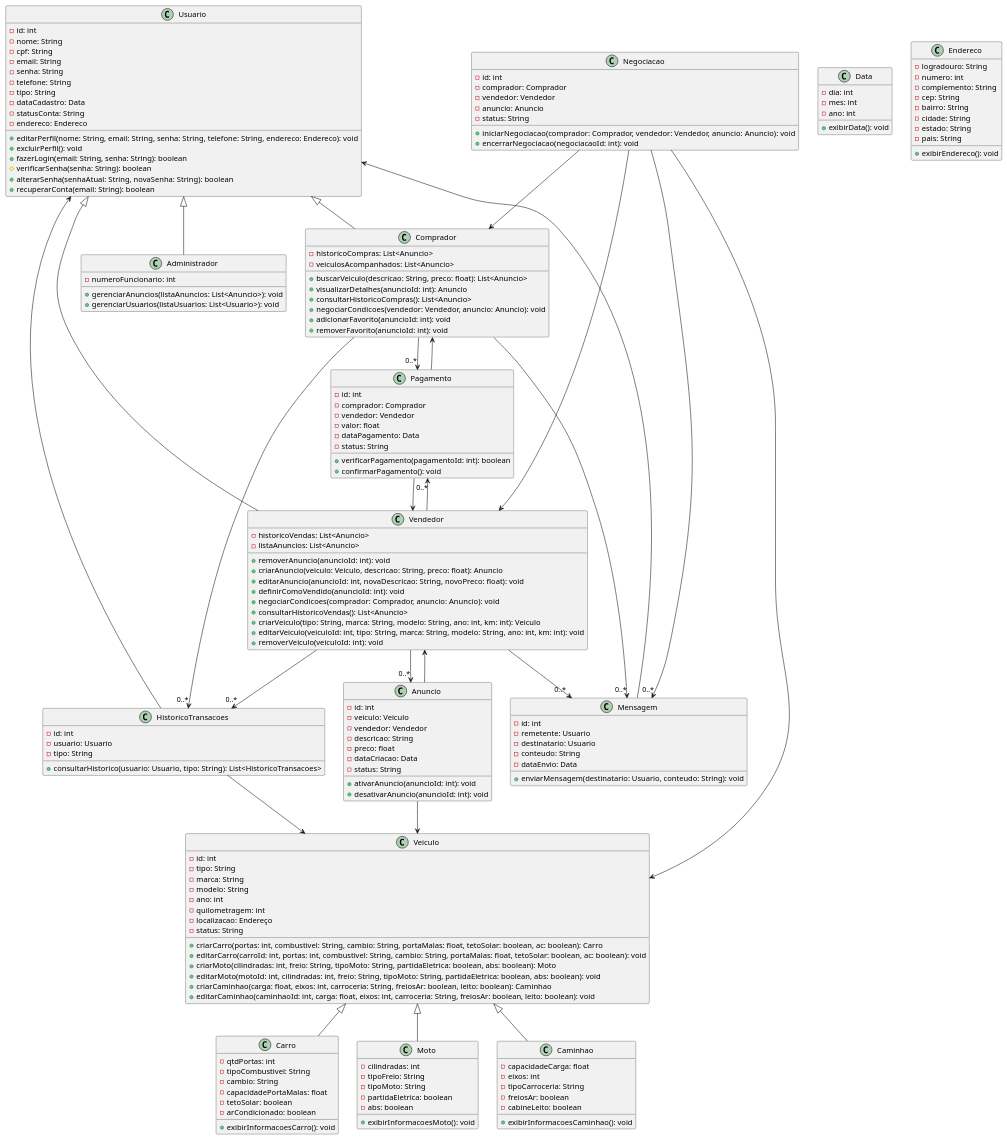
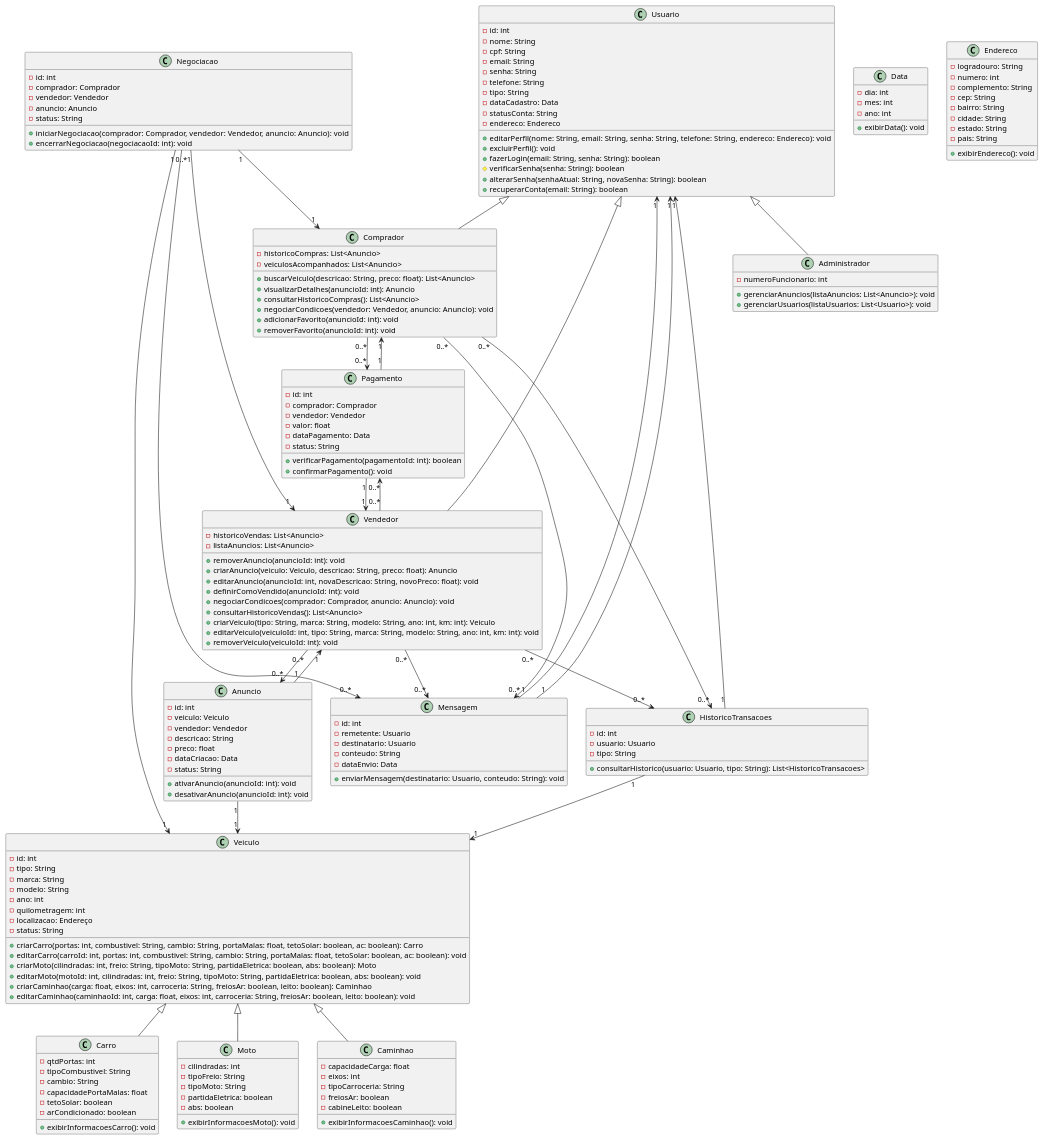
Before and after one commit to guilhermeoliveirateo/sistema-compra-venda-veiculos: the diagram in classes.md, drawn with PlantUML.

````diff
--- a/classes.md
+++ b/classes.md
@@ -195,24 +195,25 @@
 +exibirEndereco(): void
 }
 
-Comprador --> "0..*" HistoricoTransacoes
-Vendedor --> "0..*" Anuncio
-Vendedor --> "0..*" HistoricoTransacoes
-Comprador --> "0..*" Mensagem
-Vendedor --> "0..*" Mensagem
-Comprador --> "0..*" Pagamento
-Vendedor --> "0..*" Pagamento
-Anuncio --> Veiculo
-Anuncio --> Vendedor
-Negociacao --> Comprador
-Negociacao --> Vendedor
-Negociacao --> Veiculo
-Negociacao --> "0..*" Mensagem
-HistoricoTransacoes --> Veiculo
-HistoricoTransacoes --> Usuario
-Pagamento --> Comprador
-Pagamento --> Vendedor
-Mensagem --> Usuario
+Comprador "0..*" --> "0..*" HistoricoTransacoes
+Vendedor "0..*" --> "0..*" Anuncio
+Vendedor "0..*" --> "0..*" HistoricoTransacoes
+Comprador "0..*" --> "0..*" Mensagem
+Vendedor "0..*" --> "0..*" Mensagem
+Comprador "0..*" --> "0..*" Pagamento
+Vendedor "0..*" --> "0..*" Pagamento
+Anuncio "1" --> "1" Veiculo
+Anuncio "1" --> "1" Vendedor
+Negociacao "1" --> "1" Comprador
+Negociacao "1" --> "1" Vendedor
+Negociacao "1" --> "1" Veiculo
+Negociacao "0..*" --> "0..*" Mensagem
+HistoricoTransacoes "1" --> "1" Veiculo
+HistoricoTransacoes "1" --> "1" Usuario
+Pagamento "1" --> "1" Comprador
+Pagamento "1" --> "1" Vendedor
+Mensagem "1" --> "1" Usuario
+Mensagem "1" --> "1" Usuario
  
 @enduml
 ```
````
